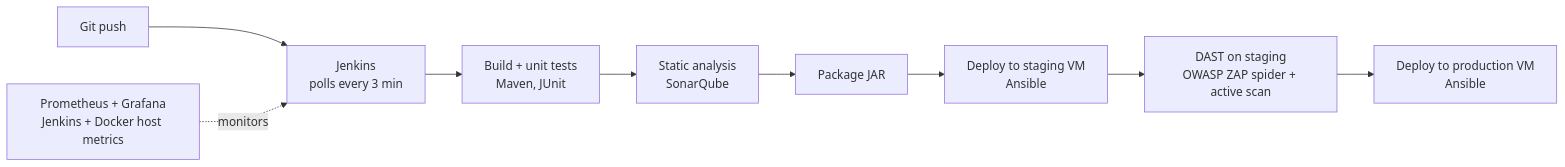
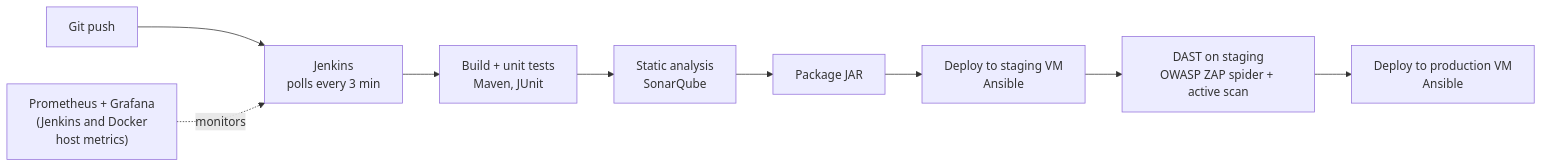
Before and after one commit to Drakey-504/petclinic-devsecops-pipeline: the diagram in README.md, drawn with Mermaid.

Commit message:
Pipeline diagram labelling fix (KC)

````diff
--- a/README.md
+++ b/README.md
@@ -12,11 +12,11 @@
 ```mermaid
 flowchart LR
     A[Git push] --> B[Jenkins<br/>polls every 3 min]
     B --> C[Build + unit tests<br/>Maven, JUnit]
     C --> D[Static analysis<br/>SonarQube]
     D --> E[Package JAR]
     E --> F[Deploy to staging VM<br/>Ansible]
     F --> G[DAST on staging<br/>OWASP ZAP spider + active scan]
     G --> H[Deploy to production VM<br/>Ansible]
-    P[Prometheus + Grafana<br/>Jenkins + Docker host metrics] -. monitors .-> B
+    P["Prometheus + Grafana<br/>(Jenkins and Docker<br/>host metrics)"] -. monitors .-> B
 ```
````
